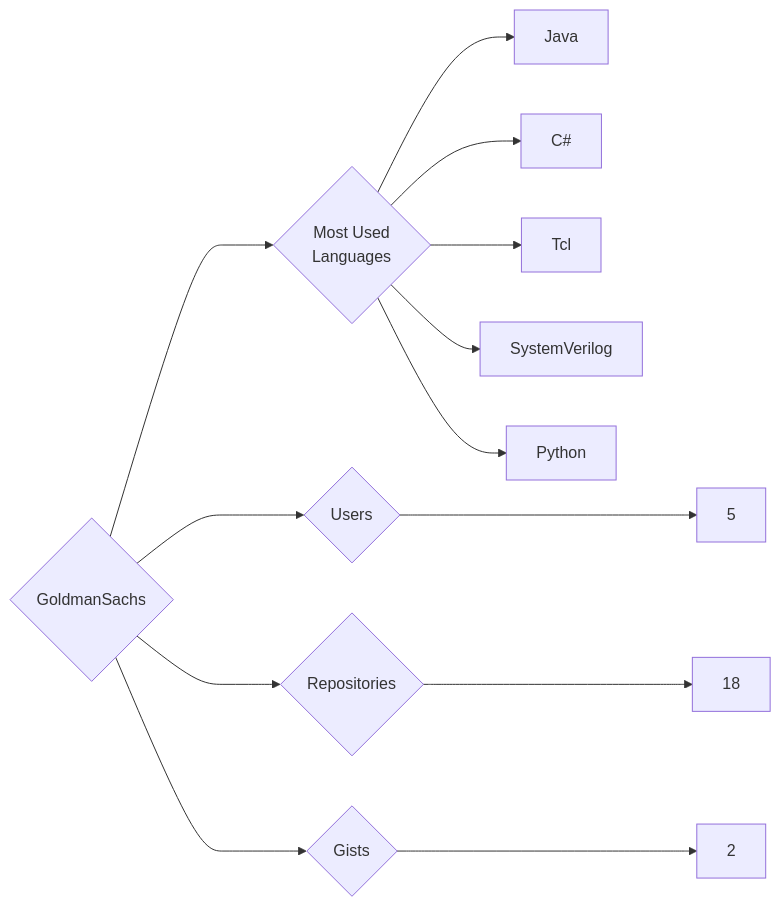
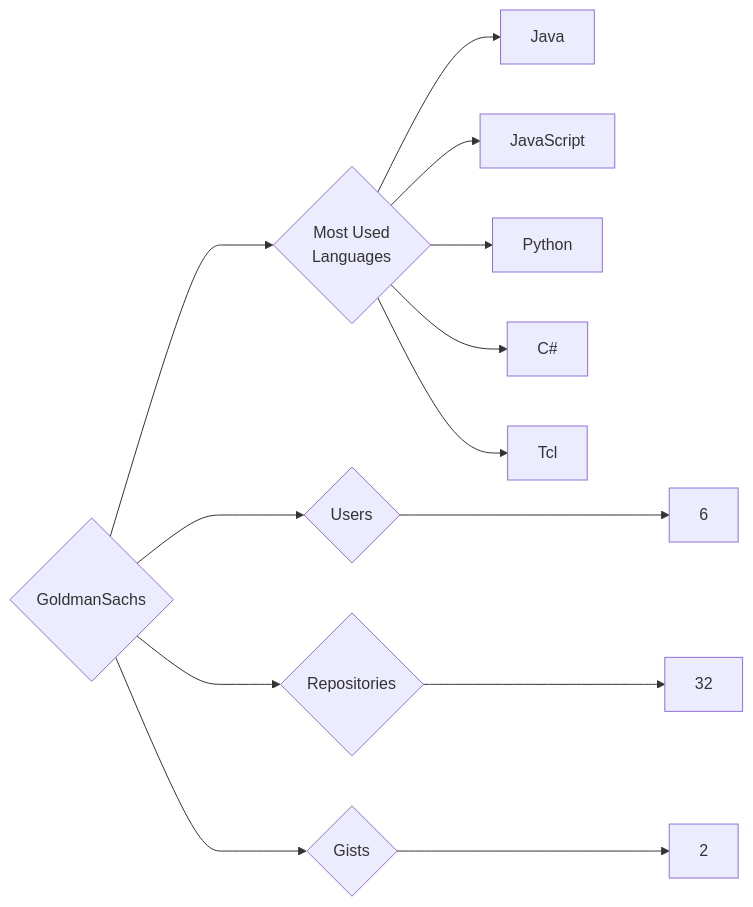
One commit to trickest/insiders changed the diagram in targets/GoldmanSachs/README.md. Above: the diagram before and after it, drawn with Mermaid. The commit also changed 988 other files, not shown here.

````diff
--- a/targets/GoldmanSachs/README.md
+++ b/targets/GoldmanSachs/README.md
@@ -3,13 +3,13 @@
 ```mermaid
 graph LR
 COMPANY_NAME{GoldmanSachs}
-COMPANY_NAME ---> U{Users} ---> UN[5]
-COMPANY_NAME ---> R{Repositories} ---> RN[18]
+COMPANY_NAME ---> U{Users} ---> UN[6]
+COMPANY_NAME ---> R{Repositories} ---> RN[32]
 COMPANY_NAME ---> G{Gists} ---> GN[2]
 COMPANY_NAME ---> ML{Most Used<br>Languages}
 ML --> Java[Java]
+ML --> JavaScript[JavaScript]
+ML --> Python[Python]
 ML --> C#[C#]
 ML --> Tcl[Tcl]
-ML --> SystemVerilog[SystemVerilog]
-ML --> Python[Python]
 ```
````
